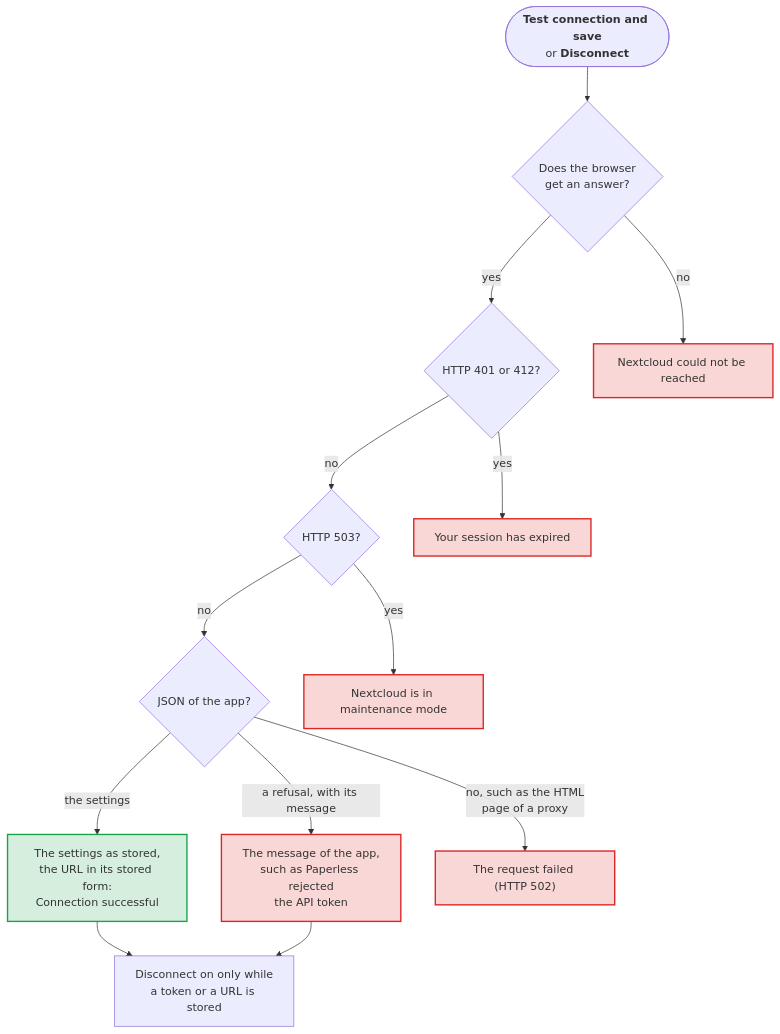
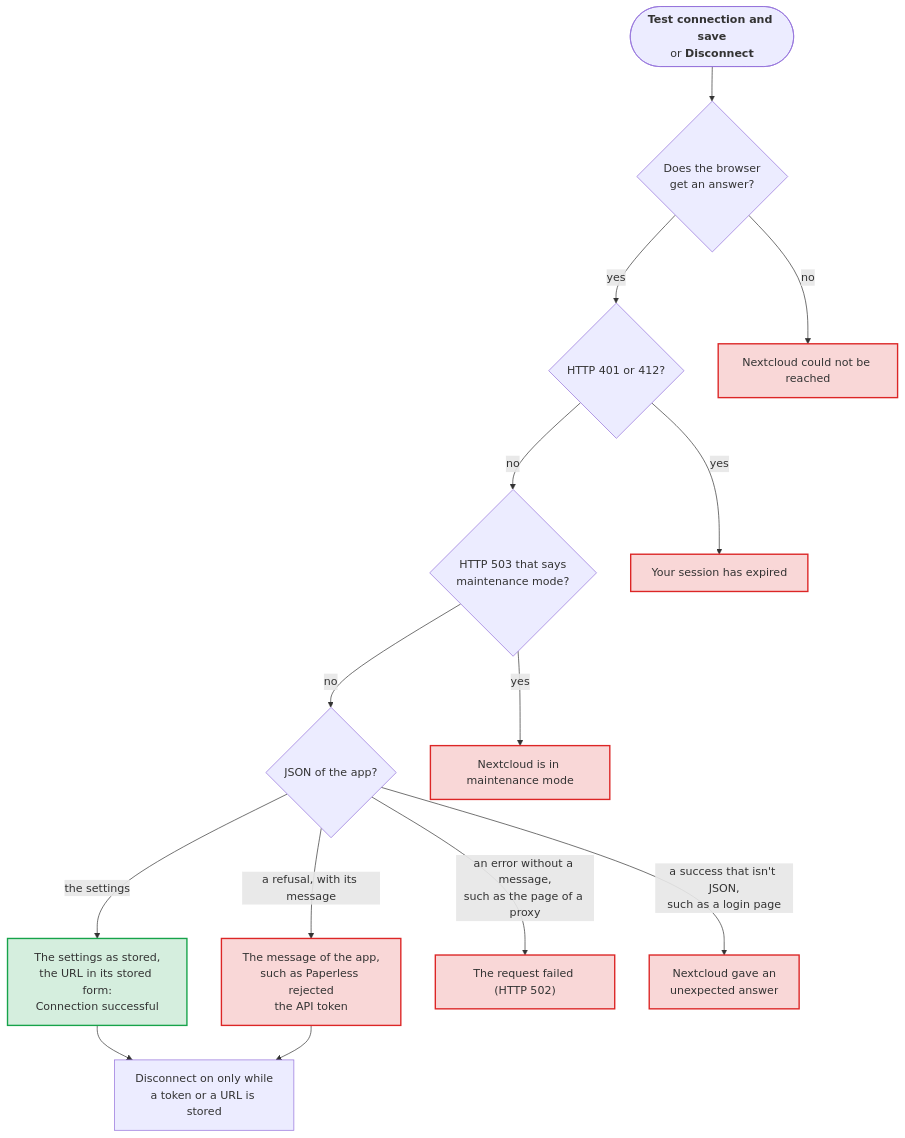
Before and after one commit to Dennis-Otto/paperless-unified-search: the diagram in docs/diagrams/what-the-settings-page-shows-for-an-answer.mmd, drawn with Mermaid. The commit also changed 10 other files, not shown here.

First line of the commit message:
fix(settings): call only a marked 503 maintenance mode, and check the warnings' colour

```diff
--- a/docs/diagrams/what-the-settings-page-shows-for-an-answer.mmd
+++ b/docs/diagrams/what-the-settings-page-shows-for-an-answer.mmd
@@ -1,34 +1,36 @@
 flowchart TB
     accTitle: What the settings page shows for an answer
-    accDescr: The settings page sends a save or Disconnect to Nextcloud and shows one sentence for whatever comes back. When the browser gets no answer, the sentence says that Nextcloud could not be reached. HTTP 401 or 412 means that the session expired, and HTTP 503 that Nextcloud is in maintenance mode. A refusal of the app brings its own message in the language of the administrator. An answer of the app shows the settings as Nextcloud stored them, with the URL in its stored form, and the message of success; anything else, such as the HTML page of a proxy, gives the request failed with its HTTP status. Every message has the colour and the icon of its kind, and Disconnect is on only while a token or a URL is stored.
+    accDescr: The settings page sends a save or Disconnect to Nextcloud and shows one sentence for whatever comes back. When the browser gets no answer, the sentence says that Nextcloud could not be reached. HTTP 401 or 412 means that the session expired, and HTTP 503 with the headers that Nextcloud sends in maintenance mode and before an upgrade that Nextcloud is in maintenance mode. A refusal of the app brings its own message in the language of the administrator. An answer of the app shows the settings as Nextcloud stored them, with the URL in its stored form, and the message of success. An error without a message of the app, such as the HTML page of a proxy or a 503 without those headers, gives the request failed with its HTTP status, and a success that isn't JSON, such as a login page in front of Nextcloud, says that Nextcloud gave an unexpected answer. Every message has the colour and the icon of its kind, and Disconnect is on only while a token or a URL is stored.
 
     send(["`**Test connection and save**<br>or **Disconnect**`"])
     reached{"Does the browser<br>get an answer?"}
     session{"HTTP 401 or 412?"}
-    maintenance{"HTTP 503?"}
+    maintenance{"HTTP 503 that says<br>maintenance mode?"}
     app{"JSON of the app?"}
     unreached["Nextcloud could not be reached"]
     expired["Your session has expired"]
     upgrade["Nextcloud is in maintenance mode"]
     refusal["The message of the app,<br>such as Paperless rejected<br>the API token"]
     stored["The settings as stored,<br>the URL in its stored form:<br>Connection successful"]
     failed["The request failed (HTTP 502)"]
+    unexpected["Nextcloud gave an<br>unexpected answer"]
     disconnect["Disconnect on only while<br>a token or a URL is stored"]
 
     send --> reached
     reached -- "no" --> unreached
     reached -- "yes" --> session
     session -- "yes" --> expired
     session -- "no" --> maintenance
     maintenance -- "yes" --> upgrade
     maintenance -- "no" --> app
     app -- "a refusal, with its message" --> refusal
     app -- "the settings" --> stored
-    app -- "no, such as the HTML<br>page of a proxy" --> failed
+    app -- "an error without a message,<br>such as the page of a proxy" --> failed
+    app -- "a success that isn't JSON,<br>such as a login page" --> unexpected
     stored --> disconnect
     refusal --> disconnect
 
     classDef yes fill:#16a34a2e,stroke:#16a34a,stroke-width:2px
     classDef no fill:#dc26262e,stroke:#dc2626,stroke-width:2px
     class stored yes
-    class unreached,expired,upgrade,refusal,failed no
+    class unreached,expired,upgrade,refusal,failed,unexpected no
```
